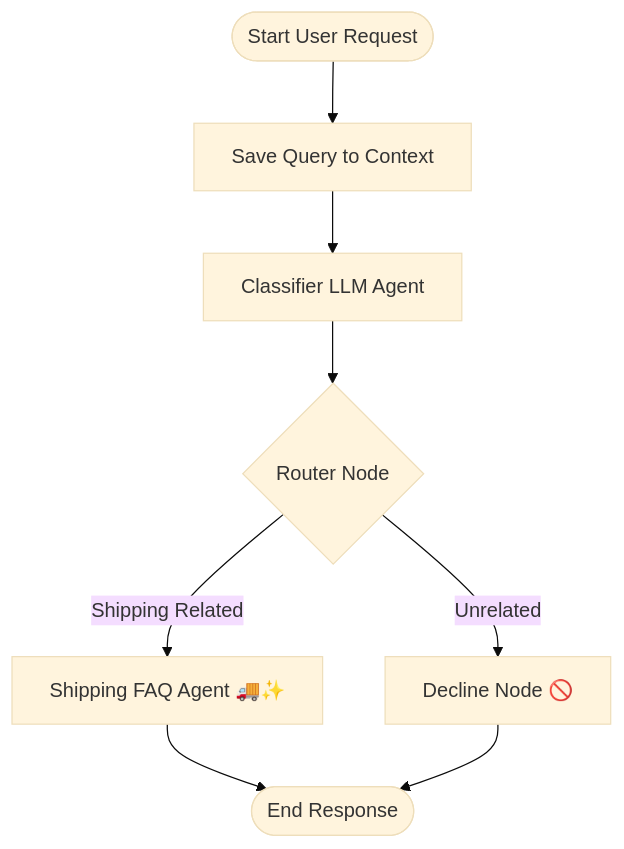
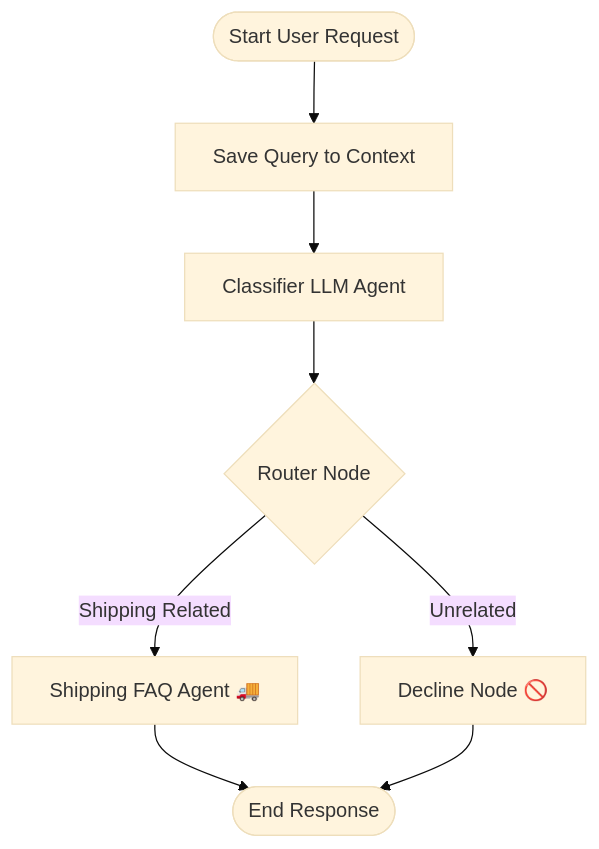
The second of 3 diagrams in README.md (Shivammakwana1997/5-Day-AI-Agents-Intensive-Vibe-Coding-Course-With-Google), drawn with Mermaid (base theme) before and after one commit. The commit also changed other lines of this file and 1075 other files, not shown here.

````diff
--- a/README.md
+++ b/README.md
@@ -19,10 +68,10 @@
 ```mermaid
 graph TD
     START([Start User Request]) --> save_query[Save Query to Context]
     save_query --> classifier_agent[Classifier LLM Agent]
     classifier_agent --> route_query{Router Node}
-    route_query -->|Shipping Related| shipping_faq_agent[Shipping FAQ Agent 🚚✨]
+    route_query -->|Shipping Related| shipping_faq_agent[Shipping FAQ Agent 🚚]
     route_query -->|Unrelated| decline_answer[Decline Node 🚫]
     shipping_faq_agent --> END([End Response])
     decline_answer --> END
 ```
````
